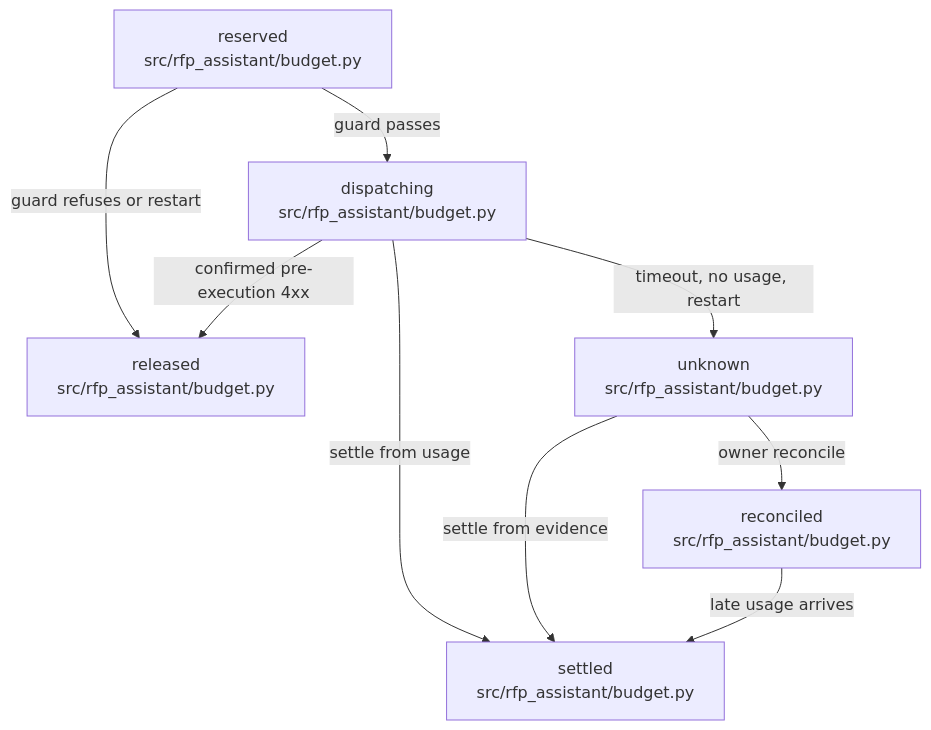
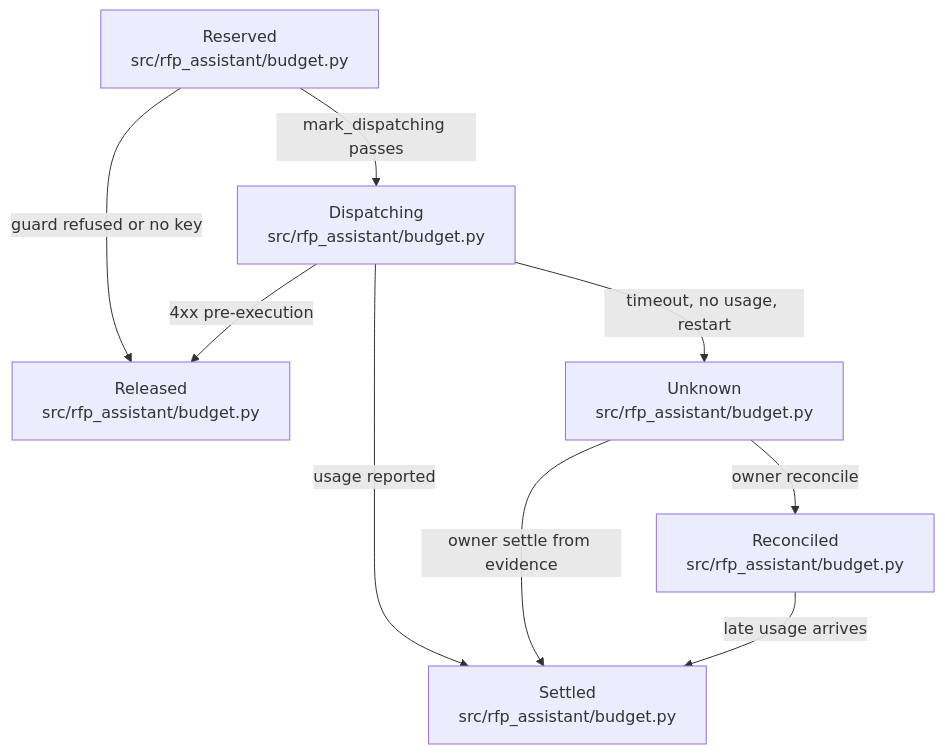
Before and after one commit to littleeeeebit/project-codeit-mid: the diagram in .omm/state-transitions/attempt-billing/diagram.mmd, drawn with Mermaid. The commit also changed 302 other files, not shown here.

Commit message:
Refresh wiki and architecture before merge

```diff
--- a/.omm/state-transitions/attempt-billing/diagram.mmd
+++ b/.omm/state-transitions/attempt-billing/diagram.mmd
@@ -1,15 +1,9 @@
 graph TD
-  reserved["reserved\nsrc/rfp_assistant/budget.py"]
-  dispatching["dispatching\nsrc/rfp_assistant/budget.py"]
-  settled["settled\nsrc/rfp_assistant/budget.py"]
-  released["released\nsrc/rfp_assistant/budget.py"]
-  unknown["unknown\nsrc/rfp_assistant/budget.py"]
-  reconciled["reconciled\nsrc/rfp_assistant/budget.py"]
-  reserved -->|"guard passes"| dispatching
-  reserved -->|"guard refuses or restart"| released
-  dispatching -->|"settle from usage"| settled
-  dispatching -->|"confirmed pre-execution 4xx"| released
-  dispatching -->|"timeout, no usage, restart"| unknown
-  unknown -->|"owner reconcile"| reconciled
-  unknown -->|"settle from evidence"| settled
-  reconciled -->|"late usage arrives"| settled
+  reserved["Reserved\nsrc/rfp_assistant/budget.py"] -->|mark_dispatching passes| dispatching["Dispatching\nsrc/rfp_assistant/budget.py"]
+  reserved -->|guard refused or no key| released["Released\nsrc/rfp_assistant/budget.py"]
+  dispatching -->|usage reported| settled["Settled\nsrc/rfp_assistant/budget.py"]
+  dispatching -->|4xx pre-execution| released
+  dispatching -->|timeout, no usage, restart| unknown["Unknown\nsrc/rfp_assistant/budget.py"]
+  unknown -->|owner reconcile| reconciled["Reconciled\nsrc/rfp_assistant/budget.py"]
+  unknown -->|owner settle from evidence| settled
+  reconciled -->|late usage arrives| settled
```
